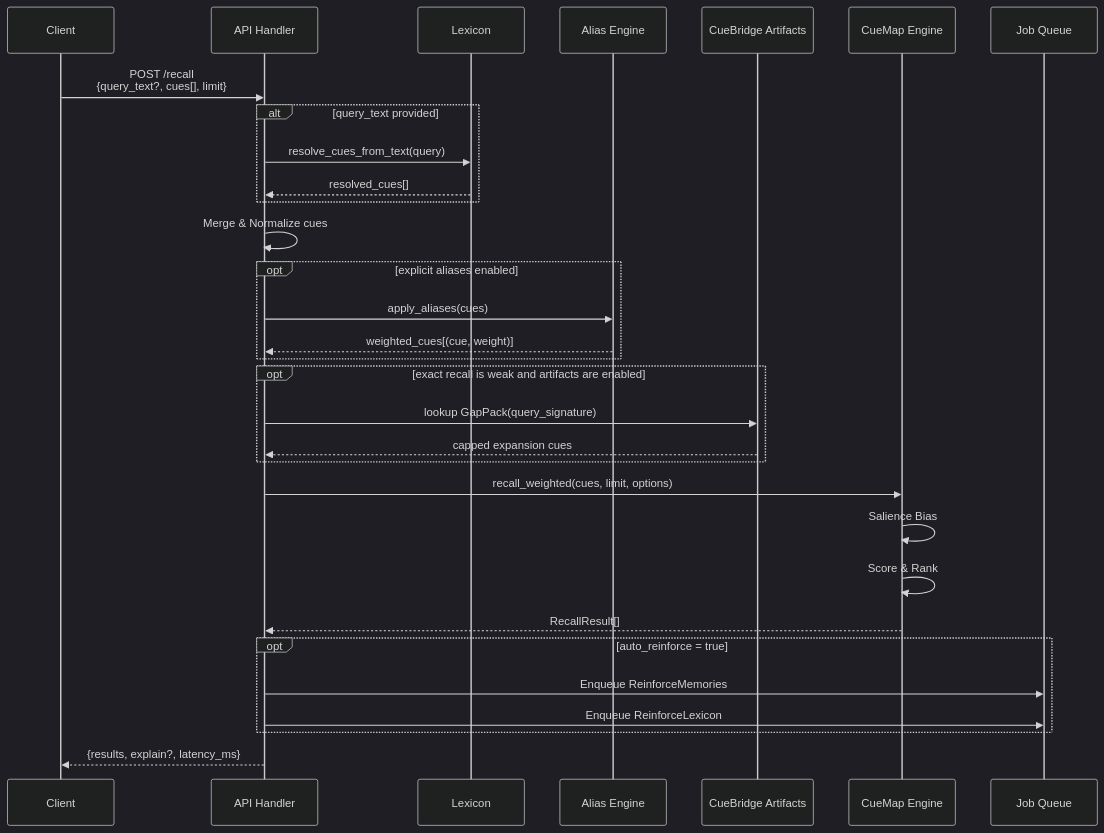
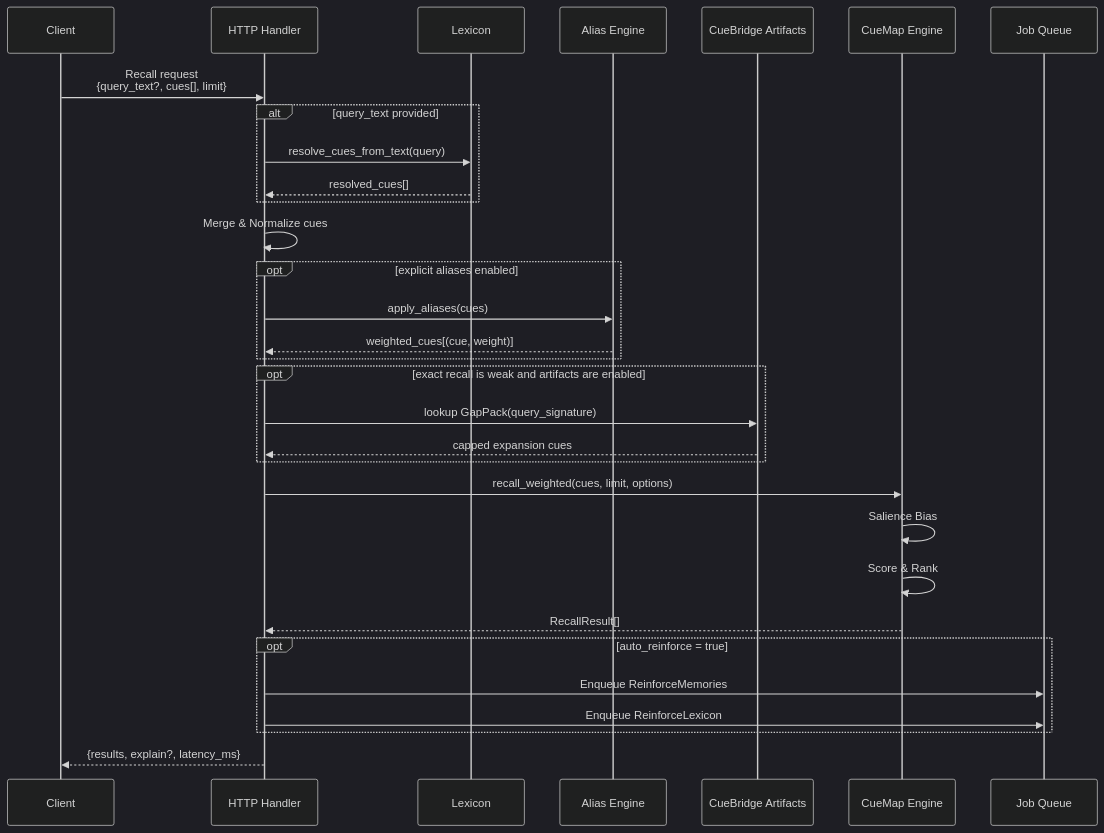
The third of 4 diagrams in README.md (cuemap-dev/cuemap), drawn with Mermaid (dark theme) before and after one commit. The commit also changed other lines of this file, not shown here.

````diff
--- a/README.md
+++ b/README.md
@@ -957,42 +485,42 @@
 ```mermaid
 sequenceDiagram
     participant C as Client
-    participant API as API Handler
+    participant API as HTTP Handler
     participant Lex as Lexicon
     participant Alias as Alias Engine
     participant Art as CueBridge Artifacts
     participant Main as CueMap Engine
     participant Q as Job Queue
     
-    C->>API: POST /recall<br/>{query_text?, cues[], limit}
+    C->>API: Recall request<br/>{query_text?, cues[], limit}
     
     alt query_text provided
         API->>Lex: resolve_cues_from_text(query)
         Lex-->>API: resolved_cues[]
     end
     
     API->>API: Merge & Normalize cues
     
     opt explicit aliases enabled
         API->>Alias: apply_aliases(cues)
         Alias-->>API: weighted_cues[(cue, weight)]
     end
 
     opt exact recall is weak and artifacts are enabled
         API->>Art: lookup GapPack(query_signature)
         Art-->>API: capped expansion cues
     end
     
     API->>Main: recall_weighted(cues, limit, options)
     Main->>Main: Salience Bias
     Main->>Main: Score & Rank
     
     Main-->>API: RecallResult[]
     
     opt auto_reinforce = true
         API->>Q: Enqueue ReinforceMemories
         API->>Q: Enqueue ReinforceLexicon
     end
     
     API-->>C: {results, explain?, latency_ms}
 ```
````
